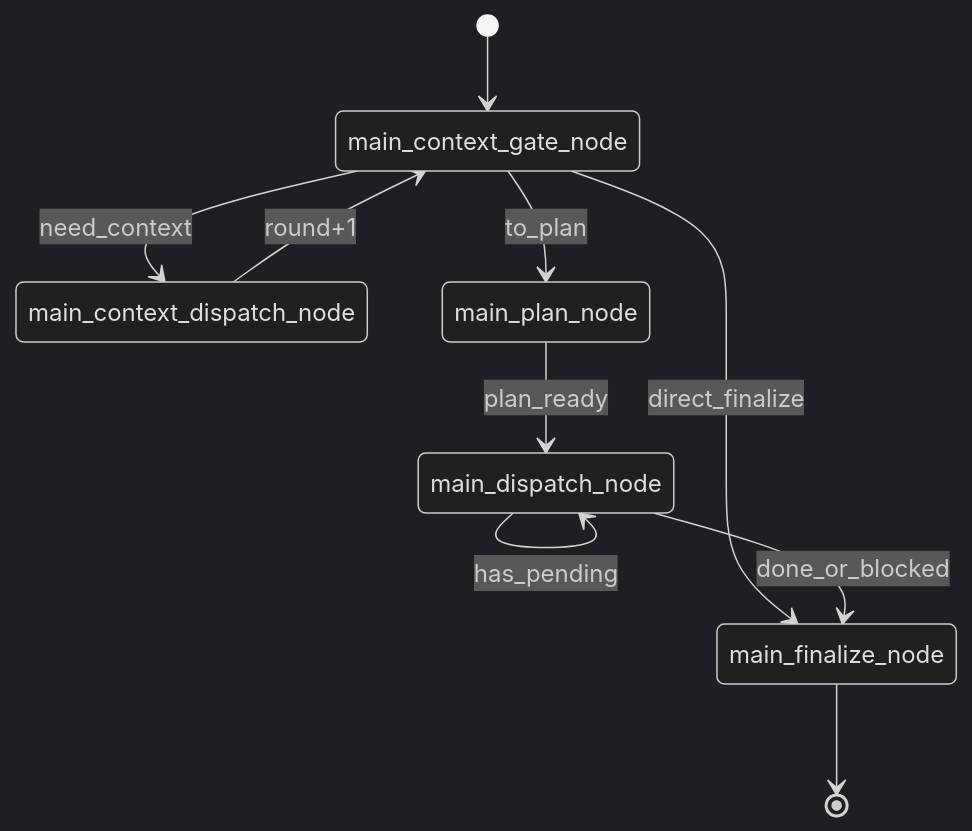
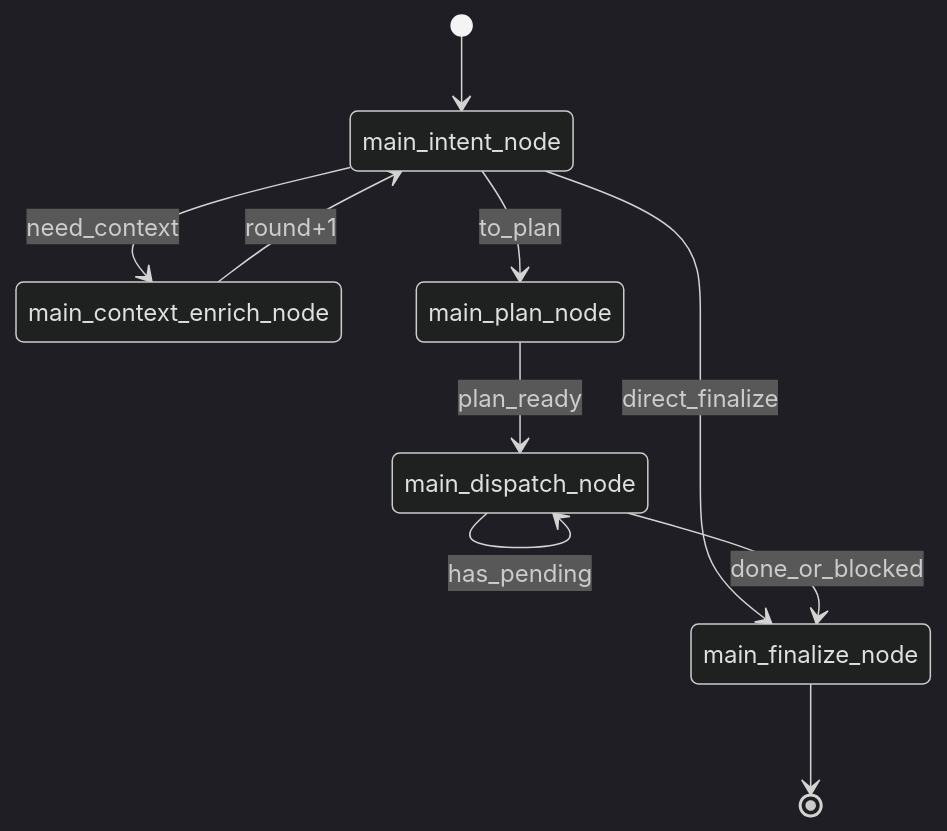
Before and after one commit to Yoan98/Ncurator: the second of 3 diagrams in doc/ai-architecture.md, drawn with Mermaid (dark theme). The commit also changed other lines of this file and 26 other files, not shown here.

First line of the commit message:
Refactor AI Node Structure: Remove Slot Commit and Human Init Nodes, Simplify Tool Execution Flow

````diff
--- a/doc/ai-architecture.md
+++ b/doc/ai-architecture.md
@@ -50,12 +51,12 @@
 ```mermaid
 stateDiagram-v2
-  [*] --> main_context_gate_node
-  main_context_gate_node --> main_context_dispatch_node: need_context
-  main_context_gate_node --> main_plan_node: to_plan
-  main_context_gate_node --> main_finalize_node: direct_finalize
-  main_context_dispatch_node --> main_context_gate_node: round+1
+  [*] --> main_intent_node
+  main_intent_node --> main_context_enrich_node: need_context
+  main_intent_node --> main_plan_node: to_plan
+  main_intent_node --> main_finalize_node: direct_finalize
+  main_context_enrich_node --> main_intent_node: round+1
   main_plan_node --> main_dispatch_node: plan_ready
   main_dispatch_node --> main_dispatch_node: has_pending
   main_dispatch_node --> main_finalize_node: done_or_blocked
   main_finalize_node --> [*]
 ```
````
